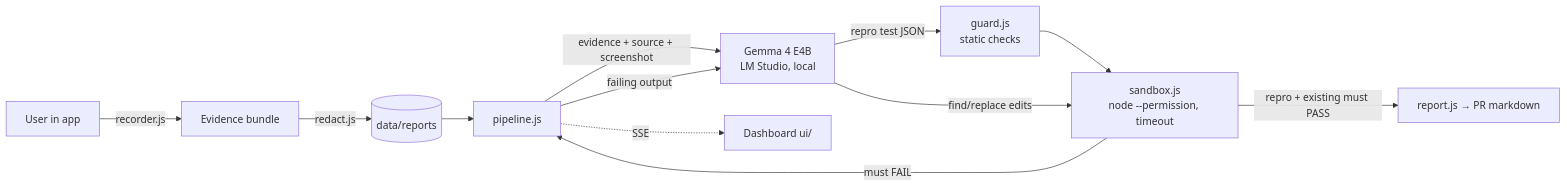
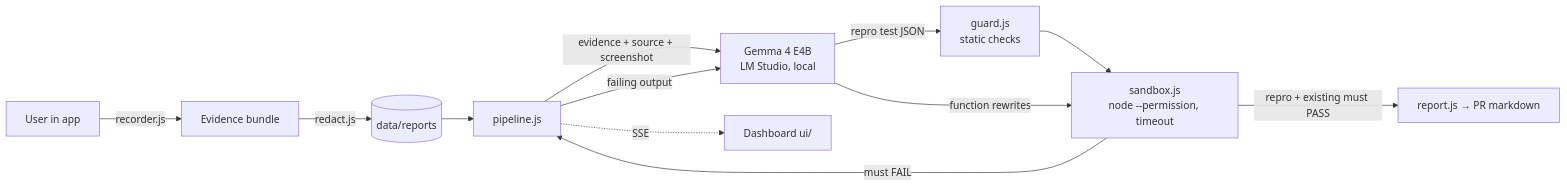
Before and after one commit to Krishnasingh94/redgreen: the diagram in README.md, drawn with Mermaid. The commit also changed other lines of this file and 20 other files, not shown here.

````diff
--- a/README.md
+++ b/README.md
@@ -59,14 +67,14 @@
 ```mermaid
 flowchart LR
   U[User in app] -->|recorder.js| B[Evidence bundle]
   B -->|redact.js| S[(data/reports)]
   S --> P[pipeline.js]
   P -->|evidence + source + screenshot| G[Gemma 4 E4B<br/>LM Studio, local]
   G -->|repro test JSON| GU[guard.js<br/>static checks]
   GU --> SB[sandbox.js<br/>node --permission, timeout]
   SB -->|must FAIL| P
   P -->|failing output| G
-  G -->|find/replace edits| SB
+  G -->|function rewrites| SB
   SB -->|repro + existing must PASS| R[report.js → PR markdown]
   P -.SSE.-> UI[Dashboard ui/]
 ```
````
